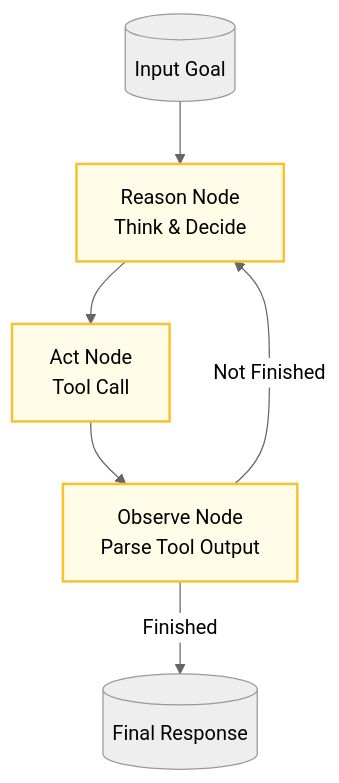
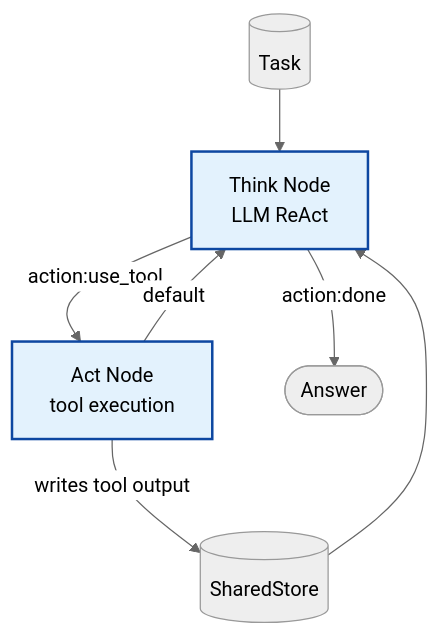
The diagram in examples/REACT.md (EzekTec-Inc/AgentFlow), drawn with Mermaid (neutral theme) before and after one commit. The commit also changed other lines of this file and 23 other files, not shown here.

````diff
--- a/examples/REACT.md
+++ b/examples/REACT.md
@@ -16,11 +29,12 @@
 ```mermaid
 graph TD
-    Goal[(Input Goal)] --> Reason[Reason Node<br>Think & Decide]
-    Reason --> Act[Act Node<br>Tool Call]
-    Act --> Observe[Observe Node<br>Parse Tool Output]
-    Observe -->|Not Finished| Reason
-    Observe -->|Finished| Output[(Final Response)]
-    
-    classDef react fill:#fffde7,stroke:#fbc02d,stroke-width:2px;
-    class Reason,Act,Observe react;
+    Task[(Task)] --> Think[Think Node<br>LLM ReAct]
+    Think -->|action:use_tool| Act[Act Node<br>tool execution]
+    Think -->|action:done| End([Answer])
+    Act -->|default| Think
+    Act -->|writes tool output| Store[(SharedStore)]
+    Store --> Think
+
+    classDef react fill:#e3f2fd,stroke:#0d47a1,stroke-width:2px;
+    class Think,Act react;
 ```
````
